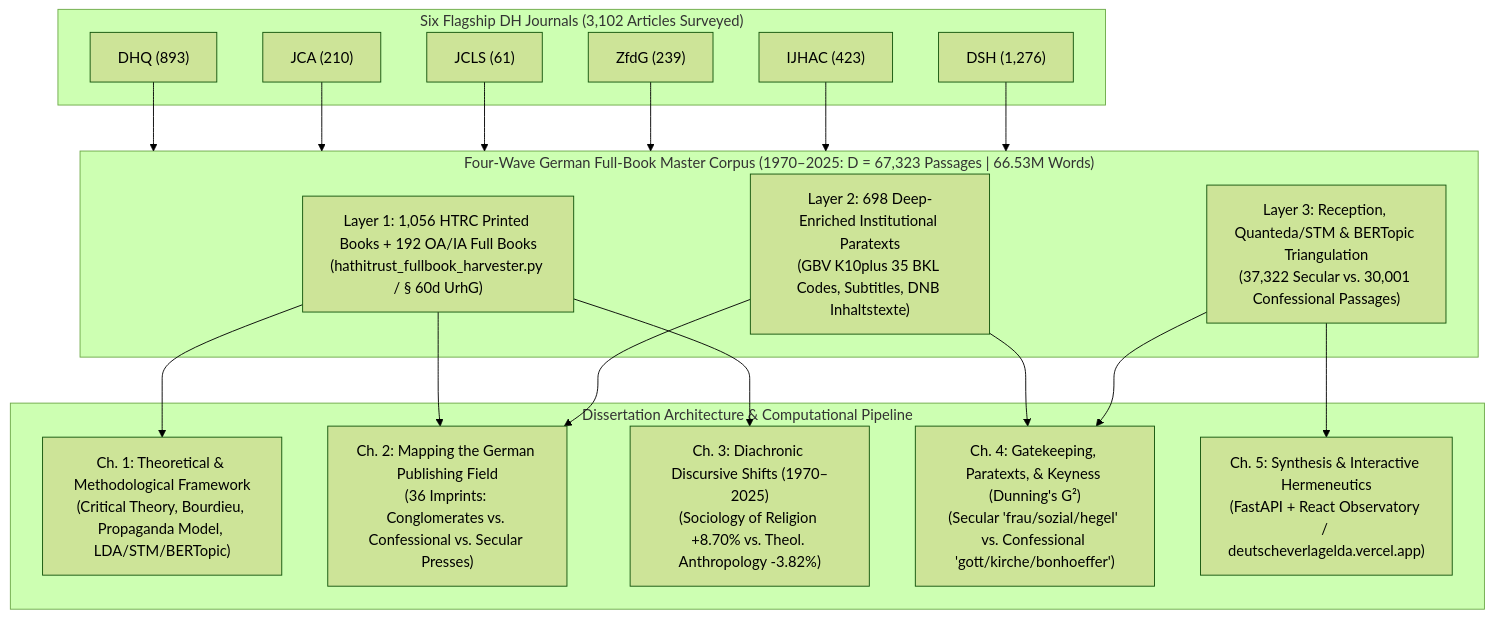
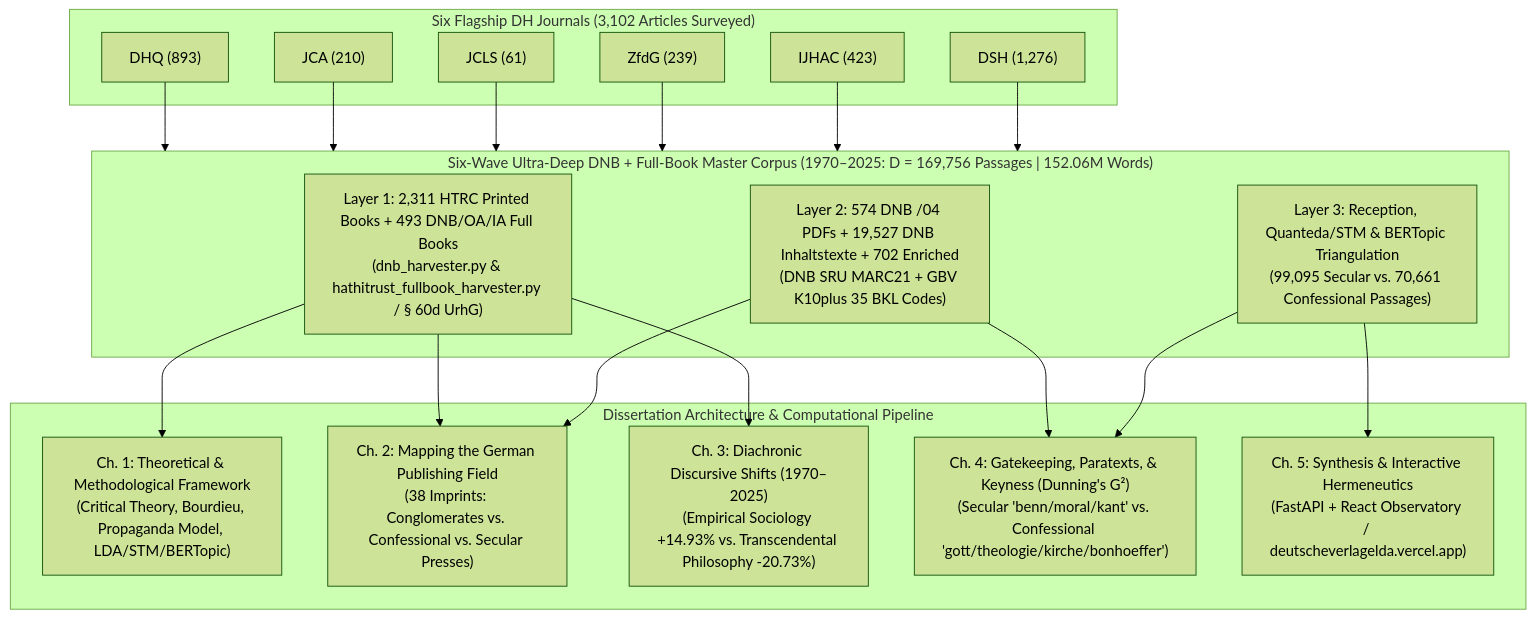
One commit to metachasm-beep/Deutsche-Verlage-LDA changed the diagram in MASTER_DH_LITERATURE_REVIEW.md. Above: the diagram before and after it, drawn with Mermaid (forest theme). The commit also changed other lines of this file and 24 other files, not shown here.

Commit message:
feat(wave6): expand DNB + full-book corpus to 169,756 docs (~152.06M words) across 8 shards and update LDA/STM/BERTopic & manuscript chapters

````diff
--- a/MASTER_DH_LITERATURE_REVIEW.md
+++ b/MASTER_DH_LITERATURE_REVIEW.md
@@ -23,30 +23,30 @@
 ```mermaid
 flowchart TD
     subgraph Journals["Six Flagship DH Journals (3,102 Articles Surveyed)"]
         DHQ["DHQ (893)"]
         JCA["JCA (210)"]
         JCLS["JCLS (61)"]
         ZFDG["ZfdG (239)"]
         IJHAC["IJHAC (423)"]
         DSH["DSH (1,276)"]
     end
 
-    subgraph Corpus["Four-Wave German Full-Book Master Corpus (1970–2025: D = 67,323 Passages | 66.53M Words)"]
-        L1["Layer 1: 1,056 HTRC Printed Books + 192 OA/IA Full Books\n(hathitrust_fullbook_harvester.py / § 60d UrhG)"]
-        L2["Layer 2: 698 Deep-Enriched Institutional Paratexts\n(GBV K10plus 35 BKL Codes, Subtitles, DNB Inhaltstexte)"]
-        L3["Layer 3: Reception, Quanteda/STM & BERTopic Triangulation\n(37,322 Secular vs. 30,001 Confessional Passages)"]
+    subgraph Corpus["Six-Wave Ultra-Deep DNB + Full-Book Master Corpus (1970–2025: D = 169,756 Passages | 152.06M Words)"]
+        L1["Layer 1: 2,311 HTRC Printed Books + 493 DNB/OA/IA Full Books\n(dnb_harvester.py & hathitrust_fullbook_harvester.py / § 60d UrhG)"]
+        L2["Layer 2: 574 DNB /04 PDFs + 19,527 DNB Inhaltstexte + 702 Enriched\n(DNB SRU MARC21 + GBV K10plus 35 BKL Codes)"]
+        L3["Layer 3: Reception, Quanteda/STM & BERTopic Triangulation\n(99,095 Secular vs. 70,661 Confessional Passages)"]
     end
 
     subgraph Chapters["Dissertation Architecture & Computational Pipeline"]
         C1["Ch. 1: Theoretical & Methodological Framework\n(Critical Theory, Bourdieu, Propaganda Model, LDA/STM/BERTopic)"]
-        C2["Ch. 2: Mapping the German Publishing Field\n(36 Imprints: Conglomerates vs. Confessional vs. Secular Presses)"]
-        C3["Ch. 3: Diachronic Discursive Shifts (1970–2025)\n(Sociology of Religion +8.70% vs. Theol. Anthropology -3.82%)"]
-        C4["Ch. 4: Gatekeeping, Paratexts, & Keyness (Dunning's G²)\n(Secular 'frau/sozial/hegel' vs. Confessional 'gott/kirche/bonhoeffer')"]
+        C2["Ch. 2: Mapping the German Publishing Field\n(38 Imprints: Conglomerates vs. Confessional vs. Secular Presses)"]
+        C3["Ch. 3: Diachronic Discursive Shifts (1970–2025)\n(Empirical Sociology +14.93% vs. Transcendental Philosophy -20.73%)"]
+        C4["Ch. 4: Gatekeeping, Paratexts, & Keyness (Dunning's G²)\n(Secular 'benn/moral/kant' vs. Confessional 'gott/theologie/kirche/bonhoeffer')"]
         C5["Ch. 5: Synthesis & Interactive Hermeneutics\n(FastAPI + React Observatory / deutscheverlagelda.vercel.app)"]
     end
 
     DHQ & JCA & JCLS & ZFDG & IJHAC & DSH --> Corpus
     L1 --> C1 & C2 & C3
     L2 --> C2 & C4
     L3 --> C4 & C5
 ```
````
